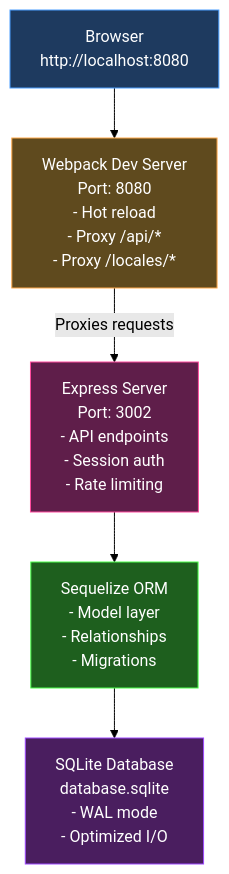
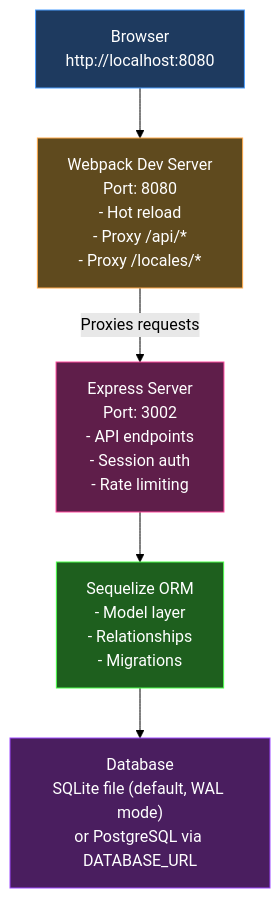
One commit to chrisvel/tududi changed the first of 3 diagrams in docs/architecture.md. Above: the diagram before and after it, drawn with Mermaid (forest theme). The commit also changed other lines of this file and 65 other files, not shown here.

First line of the commit message:
feat(db): add PostgreSQL support alongside SQLite (#1466)

````diff
--- a/docs/architecture.md
+++ b/docs/architecture.md
@@ -48,13 +48,13 @@
 ```mermaid
 graph TD
     Browser["Browser<br>http://localhost:8080"] --> WebpackDev["Webpack Dev Server<br>Port: 8080<br>- Hot reload<br>- Proxy /api/*<br>- Proxy /locales/*"]
     WebpackDev -->|Proxies requests| Express["Express Server<br>Port: 3002<br>- API endpoints<br>- Session auth<br>- Rate limiting"]
     Express --> Sequelize["Sequelize ORM<br>- Model layer<br>- Relationships<br>- Migrations"]
-    Sequelize --> SQLite["SQLite Database<br>database.sqlite<br>- WAL mode<br>- Optimized I/O"]
+    Sequelize --> Database["Database<br>SQLite file (default, WAL mode)<br>or PostgreSQL via DATABASE_URL"]
 
     style Browser fill:#1e3a5f,stroke:#4a9eff,color:#fff
     style WebpackDev fill:#5f4a1e,stroke:#ffa94a,color:#fff
     style Express fill:#5f1e4a,stroke:#ff4a9e,color:#fff
     style Sequelize fill:#1e5f1e,stroke:#4aff4a,color:#fff
-    style SQLite fill:#4a1e5f,stroke:#9e4aff,color:#fff
+    style Database fill:#4a1e5f,stroke:#9e4aff,color:#fff
 ```
````
